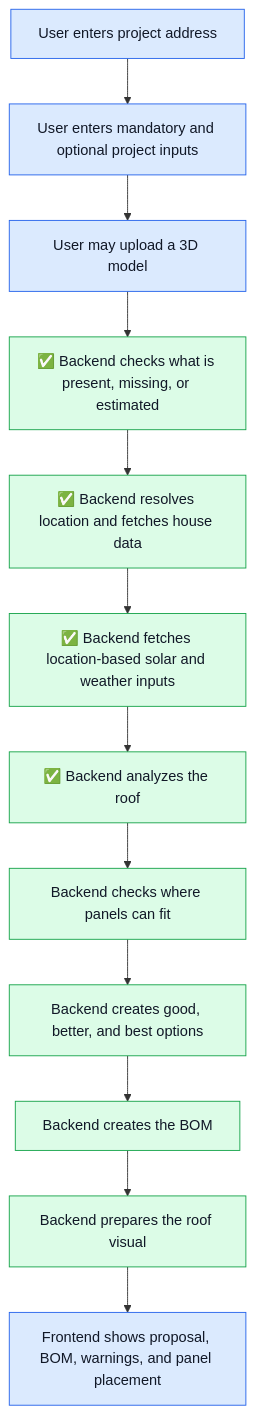
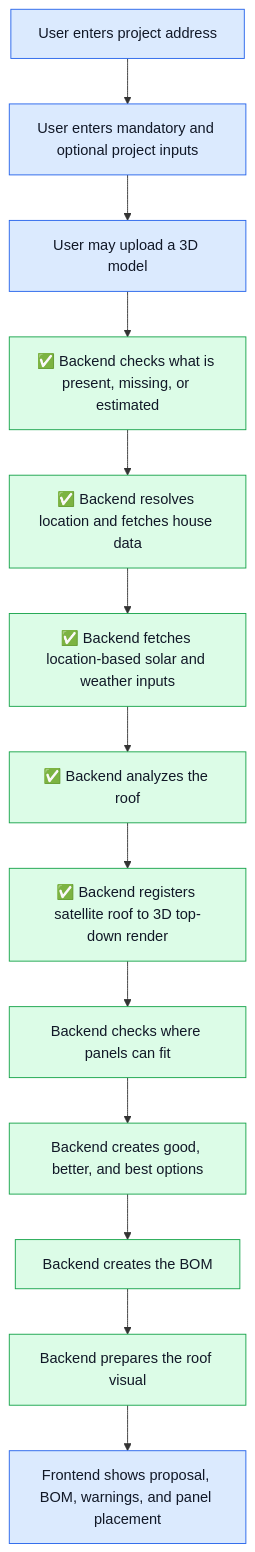
The diagram in backend/README.md (robinwettstaedt/roofee), drawn with Mermaid before and after one commit. The commit also changed other lines of this file and 8 other files, not shown here.

Commit message:
Add backend roof registration flow

````diff
--- a/backend/README.md
+++ b/backend/README.md
@@ -9,21 +9,22 @@
 ```mermaid
 flowchart TD
     A["User enters project address"]
     A --> B["User enters mandatory and optional project inputs"]
     B --> C["User may upload a 3D model"]
     C --> D["✅ Backend checks what is present, missing, or estimated"]
     D --> E["✅ Backend resolves location and fetches house data"]
     E --> F["✅ Backend fetches location-based solar and weather inputs"]
     F --> G["✅ Backend analyzes the roof"]
-    G --> H["Backend checks where panels can fit"]
+    G --> R["✅ Backend registers satellite roof to 3D top-down render"]
+    R --> H["Backend checks where panels can fit"]
     H --> I["Backend creates good, better, and best options"]
     I --> J["Backend creates the BOM"]
     J --> K["Backend prepares the roof visual"]
     K --> L["Frontend shows proposal, BOM, warnings, and panel placement"]
 
     classDef frontend fill:#dbeafe,stroke:#2563eb,color:#111827
     classDef backend fill:#dcfce7,stroke:#16a34a,color:#111827
 
     class A,B,C,L frontend
-    class D,E,F,G,H,I,J,K backend
+    class D,E,F,G,R,H,I,J,K backend
 ```
````
